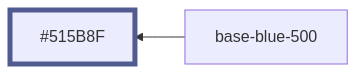
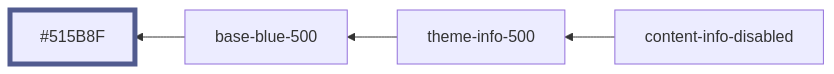
One commit to oxidecomputer/design-system changed diagram 37 of 51 in styles/dist/main.md. Above: the diagram before and after it, drawn with Mermaid. The commit also changed other lines of this file and 8 other files, not shown here.

````diff
--- a/styles/dist/main.md
+++ b/styles/dist/main.md
@@ -438,6 +446,8 @@
 ```mermaid
 graph RL
   base-blue-500 --> #515B8F:::base-blue-500
+  content-info-disabled --> theme-info-500
+  theme-info-500 --> base-blue-500
 
 	classDef base-blue-500 stroke-width:5,stroke:#515B8F
 ```
````
